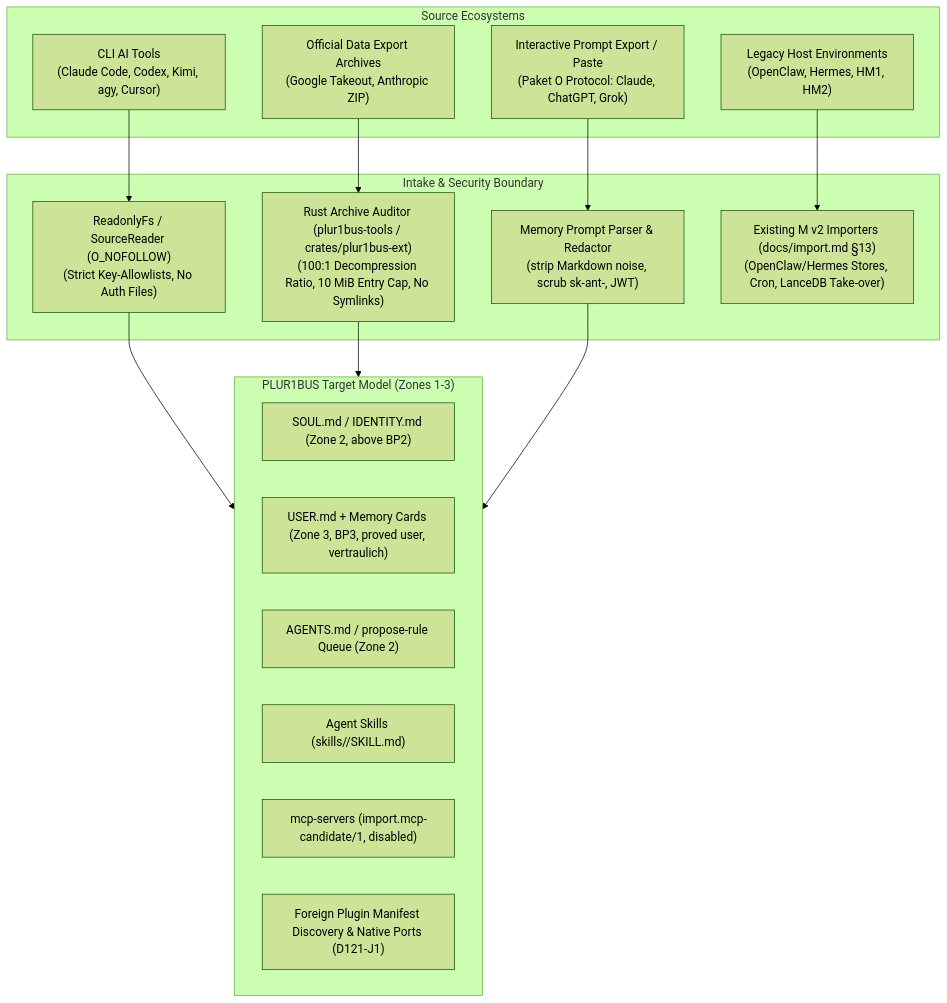
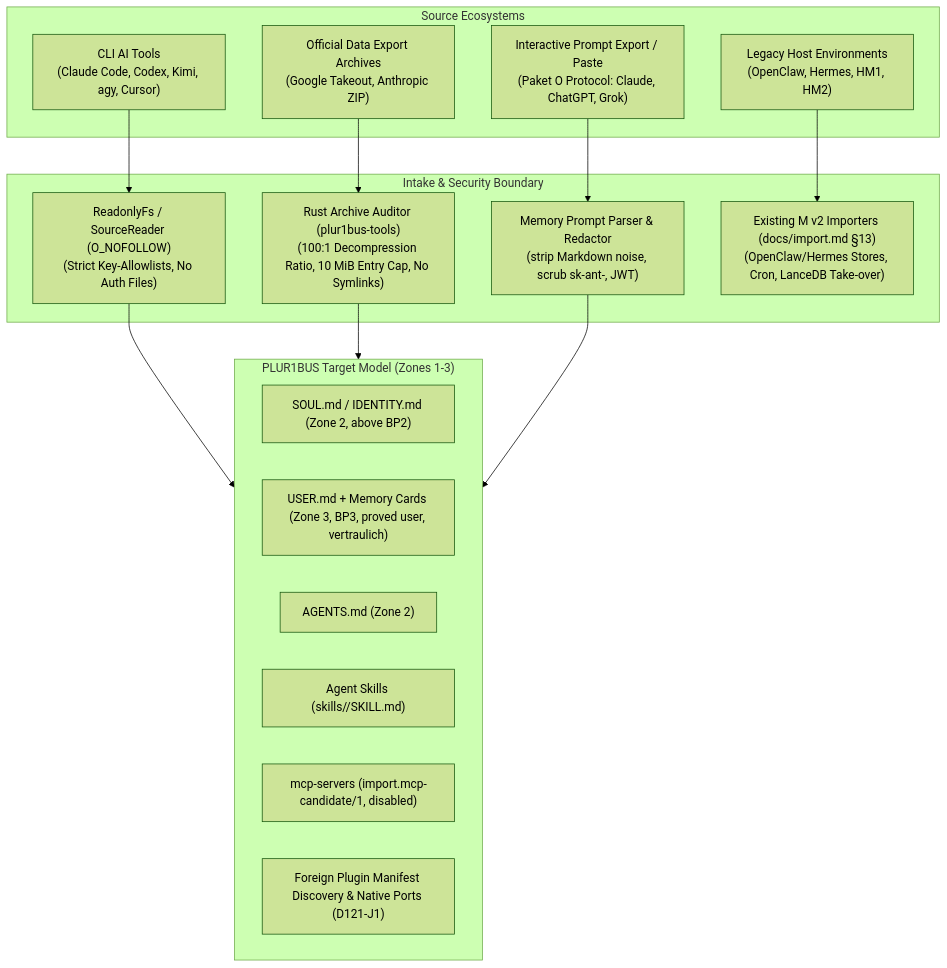
One commit to Cyb3rb1ade/PLUR1BUS-Harness changed the diagram in docs/research/2026-10-27-profile-and-extension-sources.md. Above: the diagram before and after it, drawn with Mermaid (forest theme). The commit also changed other lines of this file and 5 other files, not shown here.

````diff
--- a/docs/research/2026-10-27-profile-and-extension-sources.md
+++ b/docs/research/2026-10-27-profile-and-extension-sources.md
@@ -195,30 +195,30 @@
 ```mermaid
 flowchart TD
     subgraph Sources["Source Ecosystems"]
         CLI["CLI AI Tools\n(Claude Code, Codex, Kimi, agy, Cursor)"]
         Archives["Official Data Export Archives\n(Google Takeout, Anthropic ZIP)"]
         Paste["Interactive Prompt Export / Paste\n(Paket O Protocol: Claude, ChatGPT, Grok)"]
         Legacy["Legacy Host Environments\n(OpenClaw, Hermes, HM1, HM2)"]
     end
 
     subgraph Intake["Intake & Security Boundary"]
         Readonly["ReadonlyFs / SourceReader (O_NOFOLLOW)\n(Strict Key-Allowlists, No Auth Files)"]
-        RustAudit["Rust Archive Auditor (plur1bus-tools / crates/plur1bus-ext)\n(100:1 Decompression Ratio, 10 MiB Entry Cap, No Symlinks)"]
+        RustAudit["Rust Archive Auditor (plur1bus-tools)\n(100:1 Decompression Ratio, 10 MiB Entry Cap, No Symlinks)"]
         TextSanitize["Memory Prompt Parser & Redactor\n(strip Markdown noise, scrub sk-ant-, JWT)"]
         LegacyImporter["Existing M v2 Importers (docs/import.md §13)\n(OpenClaw/Hermes Stores, Cron, LanceDB Take-over)"]
     end
 
     subgraph Normalization["PLUR1BUS Target Model (Zones 1-3)"]
         Soul["SOUL.md / IDENTITY.md (Zone 2, above BP2)"]
         User["USER.md + Memory Cards (Zone 3, BP3, proved user, vertraulich)"]
-        Rules["AGENTS.md / propose-rule Queue (Zone 2)"]
+        Rules["AGENTS.md (Zone 2)"]
         Skills["Agent Skills (skills/<id>/SKILL.md)"]
         MCP["mcp-servers (import.mcp-candidate/1, disabled)"]
         Bridge["Foreign Plugin Manifest Discovery & Native Ports (D121-J1)"]
     end
 
     CLI --> Readonly --> Normalization
     Archives --> RustAudit --> Normalization
     Paste --> TextSanitize --> Normalization
     Legacy --> LegacyImporter
 ```
````
